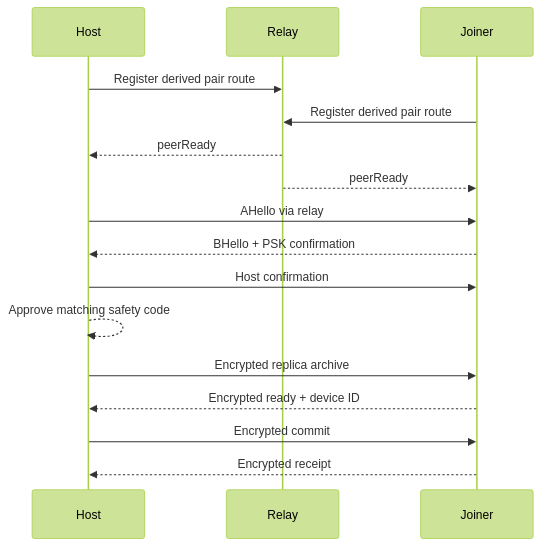
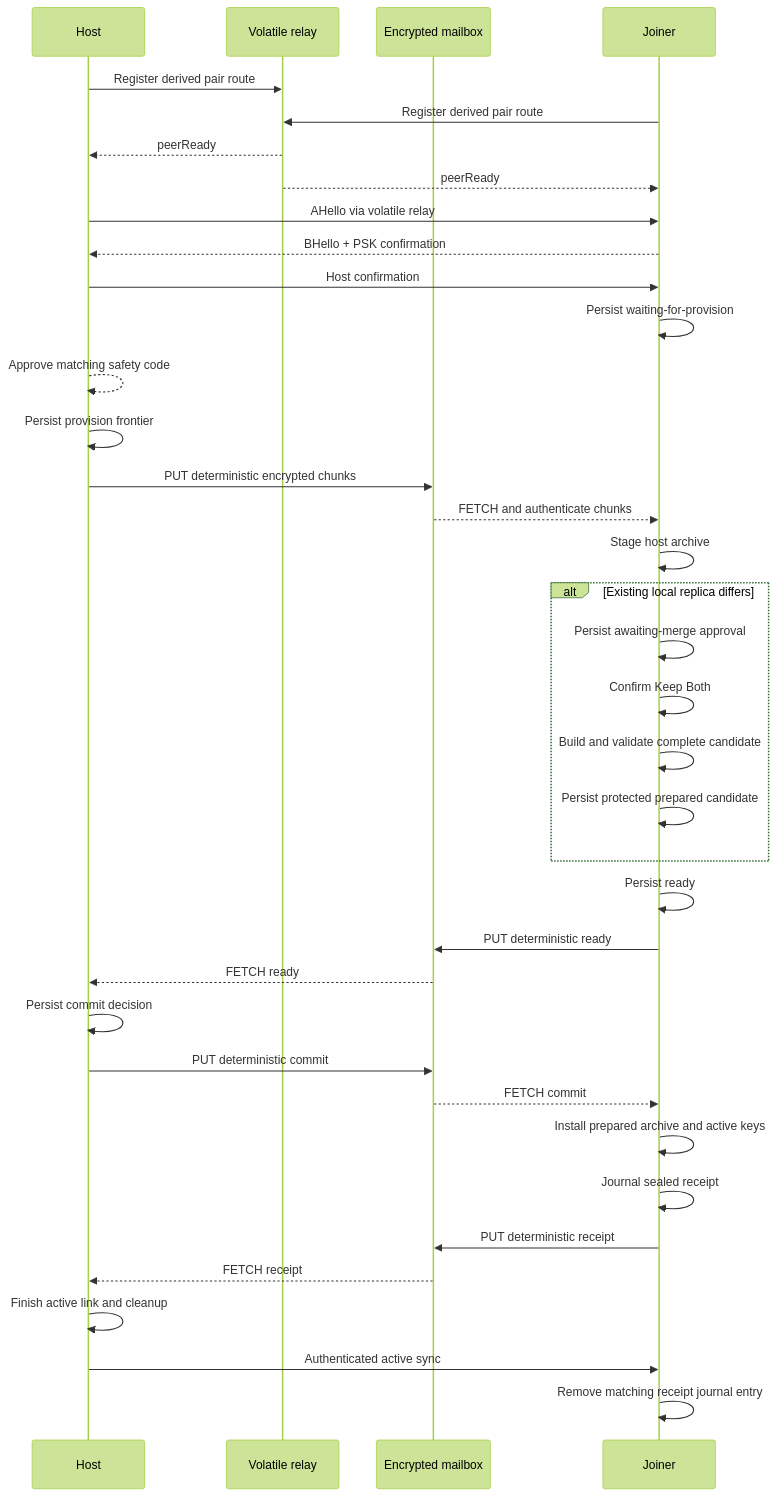
The second of 5 diagrams in docs/ARCHITECTURE.md (exddc/GotSync), drawn with Mermaid (forest theme) before and after one commit. The commit also changed other lines of this file and 52 other files, not shown here.

````diff
--- a/docs/ARCHITECTURE.md
+++ b/docs/ARCHITECTURE.md
@@ -68,19 +68,40 @@
 ```mermaid
 sequenceDiagram
     participant Host
-    participant Relay
+    participant Live as Volatile relay
+    participant Mailbox as Encrypted mailbox
     participant Joiner
 
-    Host->>Relay: Register derived pair route
-    Joiner->>Relay: Register derived pair route
-    Relay-->>Host: peerReady
-    Relay-->>Joiner: peerReady
-    Host->>Joiner: AHello via relay
+    Host->>Live: Register derived pair route
+    Joiner->>Live: Register derived pair route
+    Live-->>Host: peerReady
+    Live-->>Joiner: peerReady
+    Host->>Joiner: AHello via volatile relay
     Joiner-->>Host: BHello + PSK confirmation
     Host->>Joiner: Host confirmation
+    Joiner->>Joiner: Persist waiting-for-provision
     Host-->>Host: Approve matching safety code
-    Host->>Joiner: Encrypted replica archive
-    Joiner-->>Host: Encrypted ready + device ID
-    Host->>Joiner: Encrypted commit
-    Joiner-->>Host: Encrypted receipt
+    Host->>Host: Persist provision frontier
+    Host->>Mailbox: PUT deterministic encrypted chunks
+    Mailbox-->>Joiner: FETCH and authenticate chunks
+    Joiner->>Joiner: Stage host archive
+    alt Existing local replica differs
+        Joiner->>Joiner: Persist awaiting-merge approval
+        Joiner->>Joiner: Confirm Keep Both
+        Joiner->>Joiner: Build and validate complete candidate
+        Joiner->>Joiner: Persist protected prepared candidate
+    end
+    Joiner->>Joiner: Persist ready
+    Joiner->>Mailbox: PUT deterministic ready
+    Mailbox-->>Host: FETCH ready
+    Host->>Host: Persist commit decision
+    Host->>Mailbox: PUT deterministic commit
+    Mailbox-->>Joiner: FETCH commit
+    Joiner->>Joiner: Install prepared archive and active keys
+    Joiner->>Joiner: Journal sealed receipt
+    Joiner->>Mailbox: PUT deterministic receipt
+    Mailbox-->>Host: FETCH receipt
+    Host->>Host: Finish active link and cleanup
+    Host->>Joiner: Authenticated active sync
+    Joiner->>Joiner: Remove matching receipt journal entry
 ```
````
